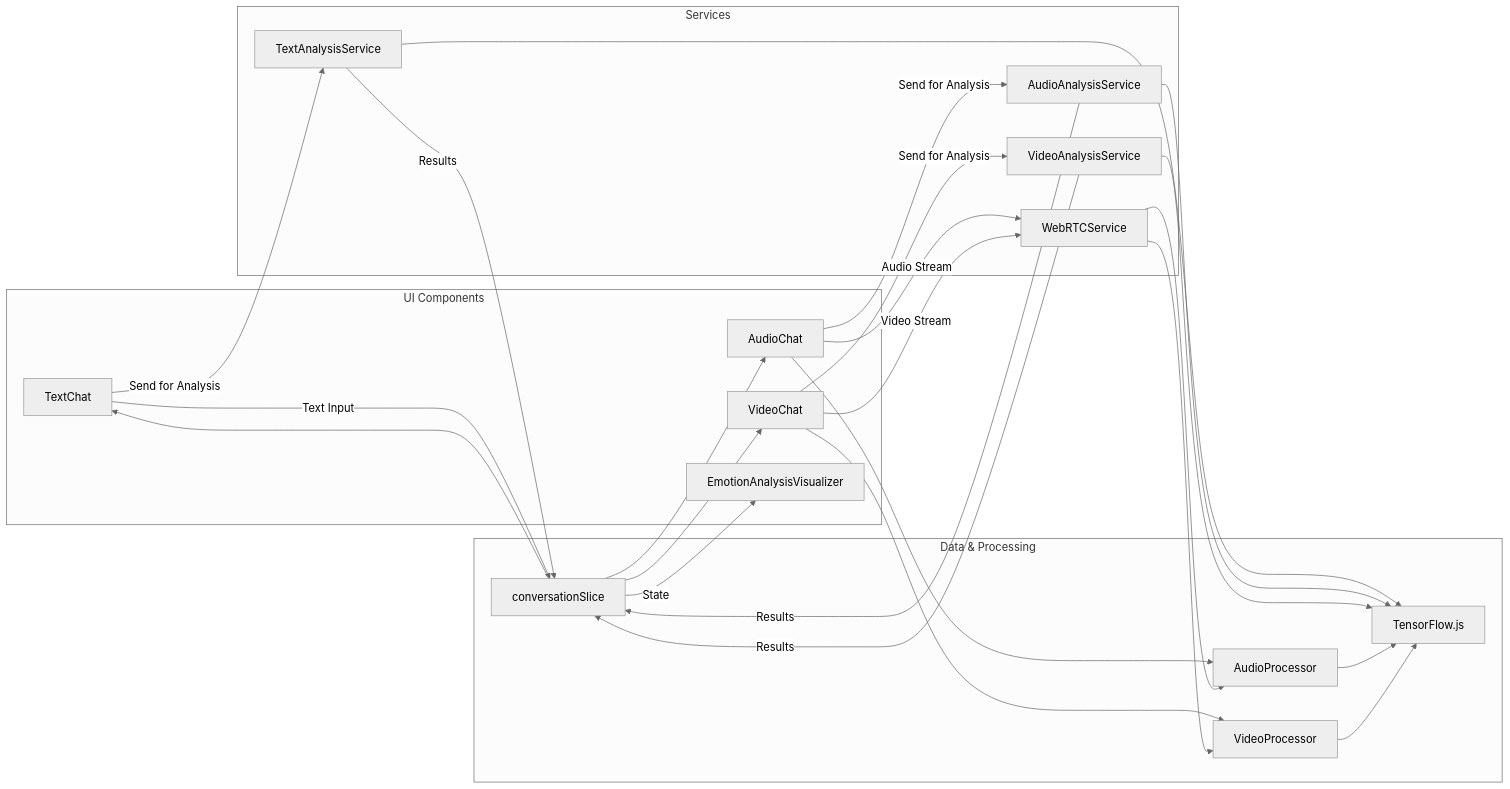
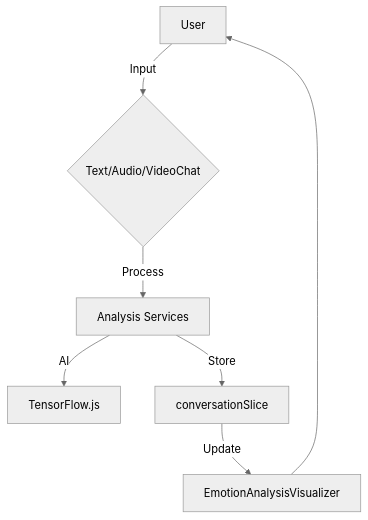
One commit to rbasina/ai-communication-companion changed the fourth of 4 diagrams in README.md. Above: the diagram before and after it, drawn with Mermaid (neutral theme). The commit also changed other lines of this file, not shown here.

````diff
--- a/README.md
+++ b/README.md
@@ -111,51 +121,9 @@
 ```mermaid
-graph LR
-    subgraph UI Components
-        TextChat
-        AudioChat
-        VideoChat
-        EmotionAnalysisVisualizer
-    end
-
-    subgraph Services
-        TextAnalysisService
-        AudioAnalysisService
-        VideoAnalysisService
-        WebRTCService
-    end
-
-    subgraph Data & Processing
-        ConversationSlice[conversationSlice]
-        TensorFlowJS[TensorFlow.js]
-        AudioProcessor
-        VideoProcessor
-    end
-
-    TextChat -->|Text Input| ConversationSlice
-    TextChat -->|Send for Analysis| TextAnalysisService
-    AudioChat -->|Audio Stream| WebRTCService
-    AudioChat -->|Send for Analysis| AudioAnalysisService
-    AudioChat --> AudioProcessor
-    VideoChat -->|Video Stream| WebRTCService
-    VideoChat -->|Send for Analysis| VideoAnalysisService
-    VideoChat --> VideoProcessor
-
-    ConversationSlice -->|State| EmotionAnalysisVisualizer
-    TextAnalysisService -->|Results| ConversationSlice
-    AudioAnalysisService -->|Results| ConversationSlice
-    VideoAnalysisService -->|Results| ConversationSlice
-
-    TextAnalysisService --> TensorFlowJS
-    AudioAnalysisService --> TensorFlowJS
-    VideoAnalysisService --> TensorFlowJS
-
-    AudioProcessor --> TensorFlowJS
-    VideoProcessor --> TensorFlowJS
-    WebRTCService --> AudioProcessor
-    WebRTCService --> VideoProcessor
-
-    ConversationSlice --> TextChat
-    ConversationSlice --> AudioChat
-    ConversationSlice --> VideoChat
-
+graph TD
+    User -->|Input| Chat{Text/Audio/VideoChat}
+    Chat -->|Process| Service[Analysis Services]
+    Service -->|AI| TensorFlow.js
+    Service -->|Store| Redux[conversationSlice]
+    Redux -->|Update| Viz[EmotionAnalysisVisualizer]
+    Viz --> User
 ```
````
